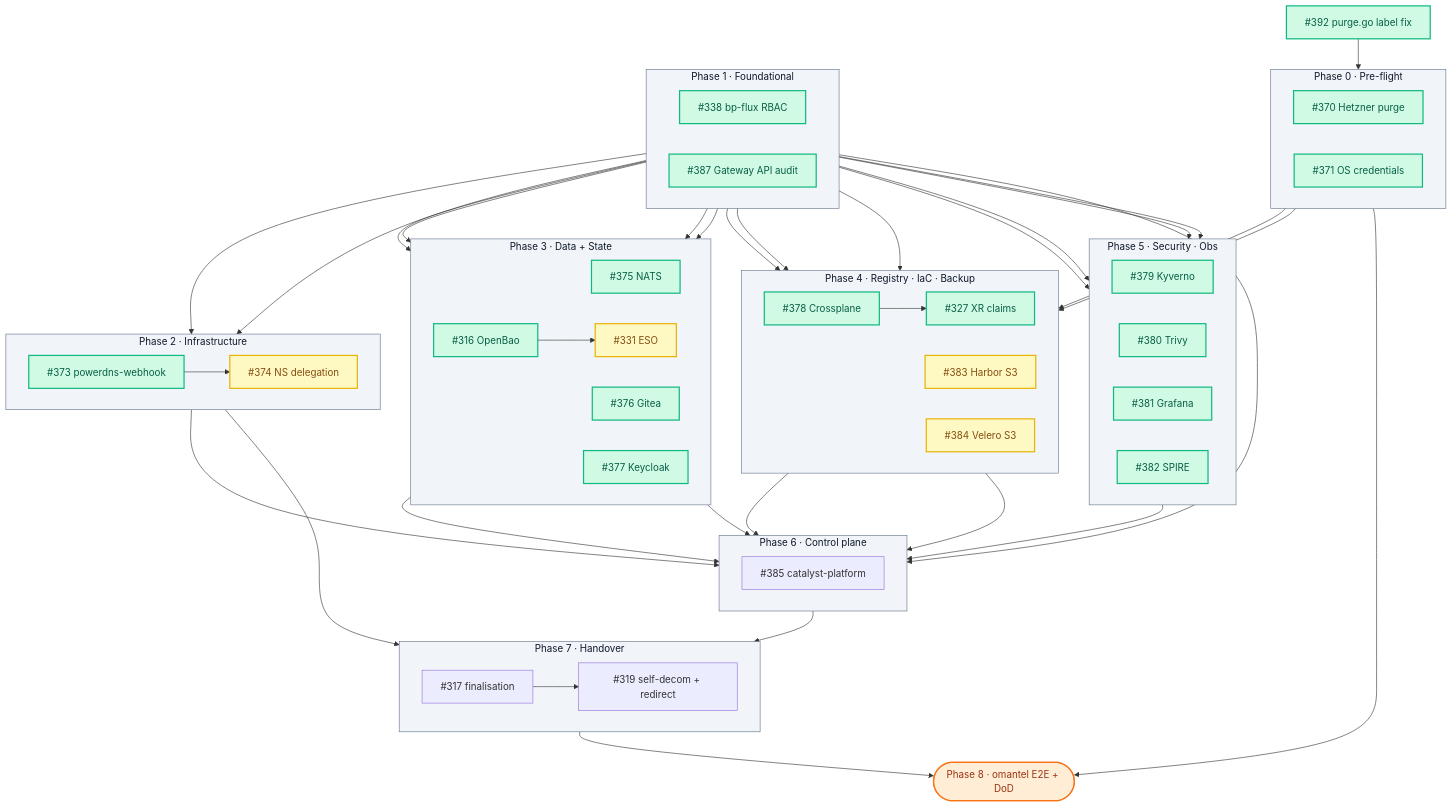
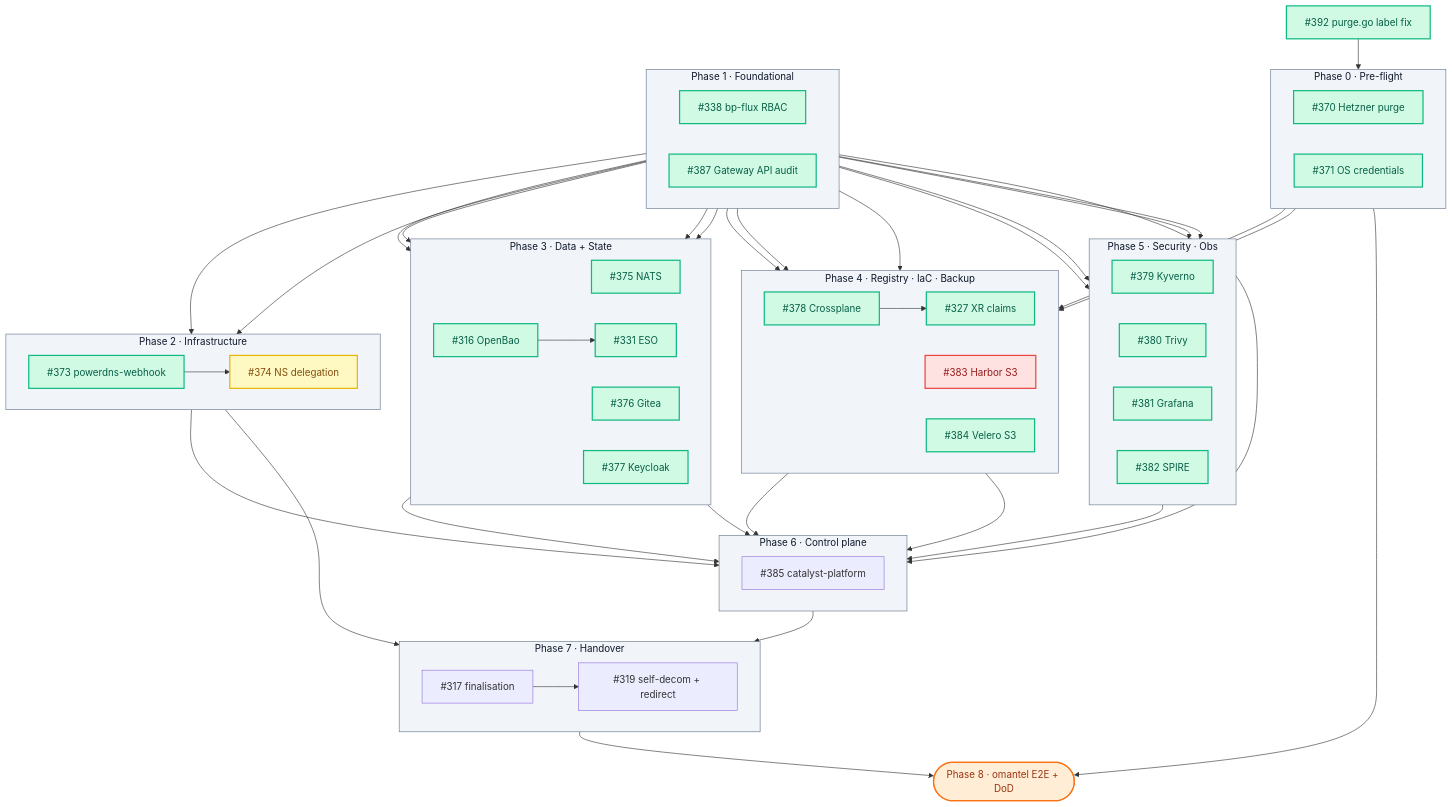
Before and after one commit to openova-io/openova: the diagram in docs/omantel-handover-wbs.md, drawn with Mermaid. The commit also changed other lines of this file, not shown here.

First line of the commit message:
docs(wbs): tick 11 — #331 done, #383 paused on #425, #425 dispatched, §3a vendor-agnostic rule

```diff
--- a/docs/omantel-handover-wbs.md
+++ b/docs/omantel-handover-wbs.md
@@ -169,8 +191,9 @@
     T392 --> T370
 
     class PH0,PH1,PH2,PH3,PH4,PH5,PH6,PH7 phase
-    class T316,T327,T338,T370,T371,T373,T375,T376,T377,T378,T379,T380,T381,T382,T387,T392 done
-    class T331,T374,T383,T384 wip
+    class T316,T327,T331,T338,T370,T371,T373,T375,T376,T377,T378,T379,T380,T381,T382,T384,T387,T392 done
+    class T374,T425 wip
+    class T383 blocked
 
     %% Clickable ticket numbers — open the GitHub issue in a new tab
     click T316 "https://github.com/openova-io/openova/issues/316" "Open #316" _blank
```
